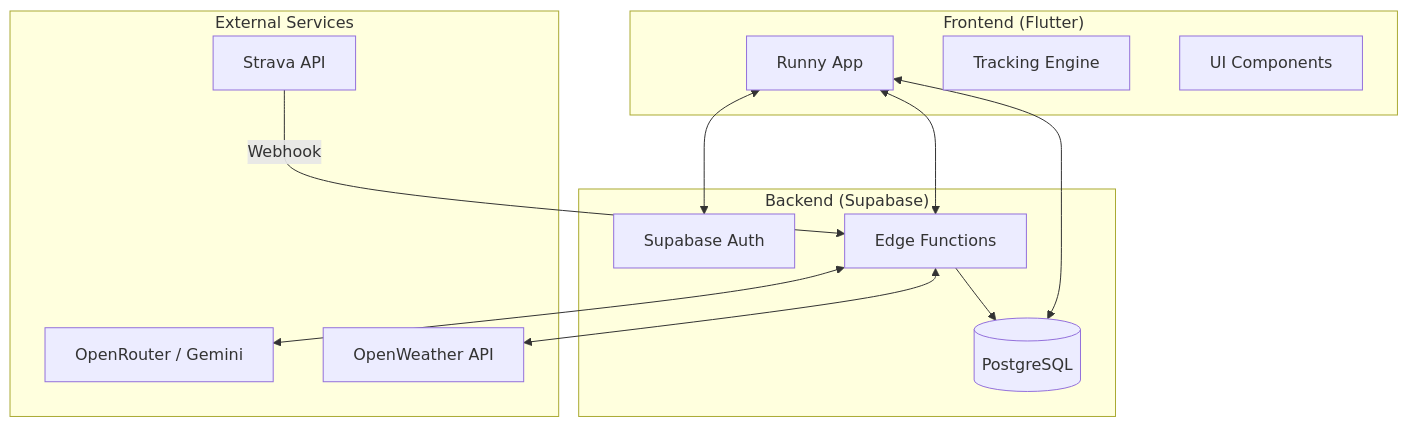
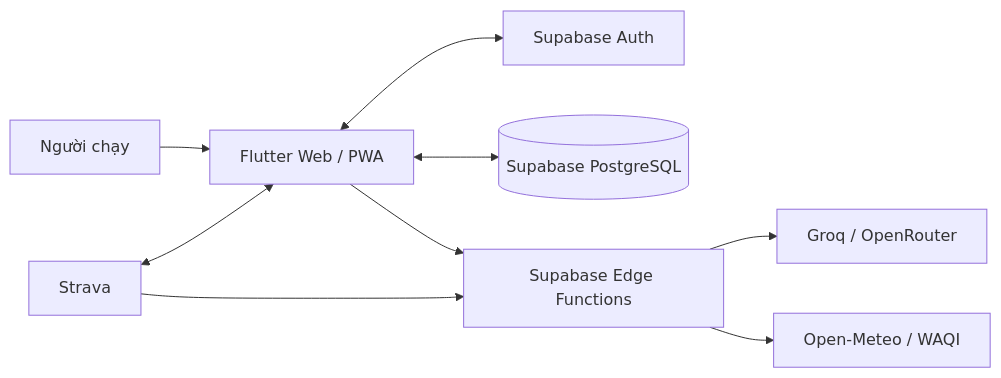
One commit to k4spi4n/runny-ai changed the diagram in README.md. Above: the diagram before and after it, drawn with Mermaid. The commit also changed other lines of this file and 6 other files, not shown here.

````diff
--- a/README.md
+++ b/README.md
@@ -28,28 +59,11 @@
 ```mermaid
-graph TD
-    subgraph "Frontend (Flutter)"
-        App[Runny App]
-        Tracking[Tracking Engine]
-        UI[UI Components]
-    end
-
-    subgraph "Backend (Supabase)"
-        Auth[Supabase Auth]
-        DB[(PostgreSQL)]
-        Functions[Edge Functions]
-    end
-
-    subgraph "External Services"
-        Strava[Strava API]
-        AI[OpenRouter / Gemini]
-        Weather[OpenWeather API]
-    end
-
-    App <--> Auth
-    App <--> DB
-    App <--> Functions
-    Functions <--> AI
-    Functions <--> Weather
-    Strava -- Webhook --> Functions
-    Functions --> DB
+flowchart LR
+    Runner[Người chạy] --> App[Flutter Web / PWA]
+    App <--> Auth[Supabase Auth]
+    App <--> Data[(Supabase PostgreSQL)]
+    App --> Functions[Supabase Edge Functions]
+    Functions --> AI[Groq / OpenRouter]
+    Functions --> Weather[Open-Meteo / WAQI]
+    Strava[Strava] <--> App
+    Strava --> Functions
 ```
````
